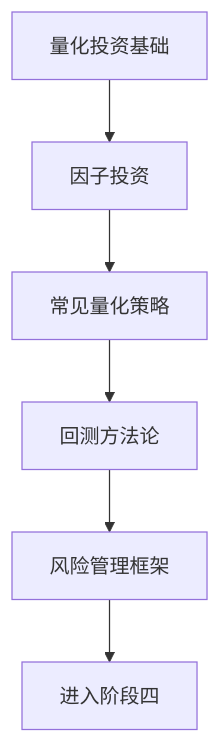
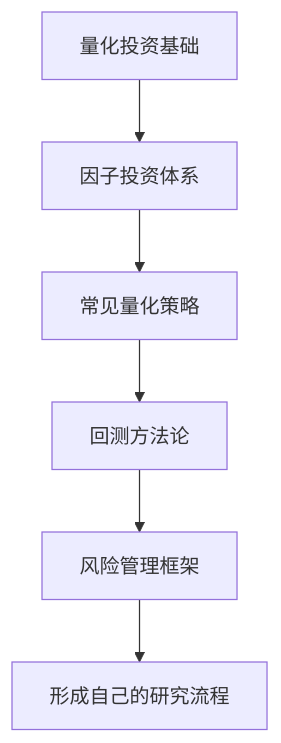
One commit to Cthaat/Obsidian changed the first of 2 diagrams in quant-wiki-notes/入门教程/阶段三-量化思维与系统化投资/目录.md. Above: the diagram before and after it, drawn with Mermaid. The commit also changed other lines of this file and 12 other files, not shown here.

````diff
--- a/quant-wiki-notes/入门教程/阶段三-量化思维与系统化投资/目录.md
+++ b/quant-wiki-notes/入门教程/阶段三-量化思维与系统化投资/目录.md
@@ -20,8 +32,8 @@
 ```mermaid
 graph TD
-    A[量化投资基础] --> B[因子投资]
+    A[量化投资基础] --> B[因子投资体系]
     B --> C[常见量化策略]
     C --> D[回测方法论]
     D --> E[风险管理框架]
-    E --> F[进入阶段四]
+    E --> F[形成自己的研究流程]
 ```
````
